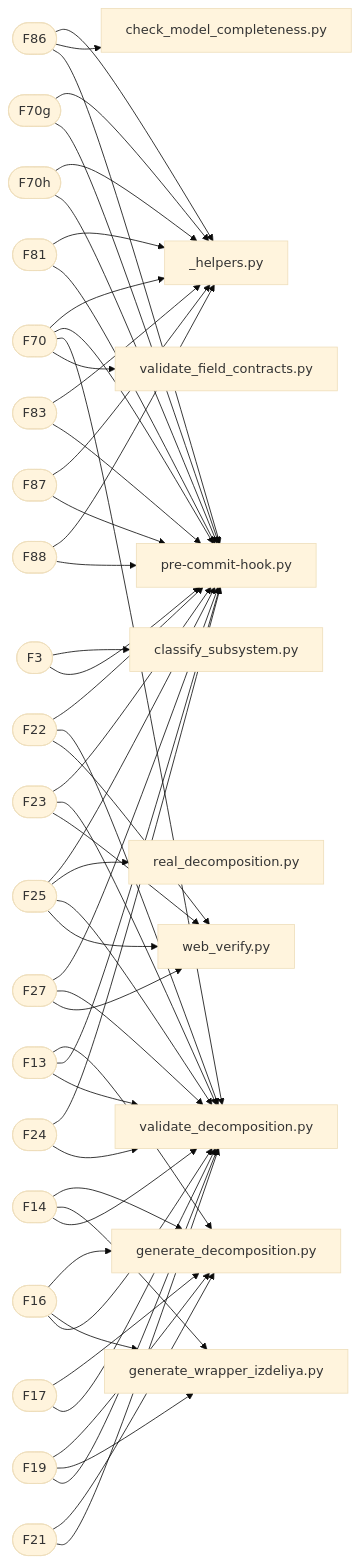
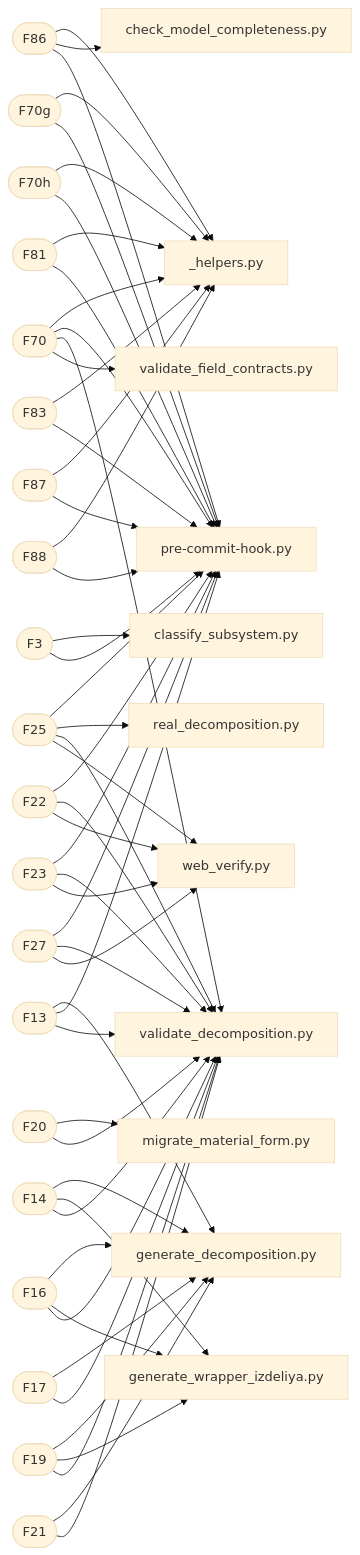
The diagram in graphs/mermaid/graph3_traceability.md (a-m-e-n-t-e-t/SkyNet), drawn with Mermaid (base theme) before and after one commit. The commit also changed other lines of this file and 17 other files, not shown here.

````diff
--- a/graphs/mermaid/graph3_traceability.md
+++ b/graphs/mermaid/graph3_traceability.md
@@ -121,9 +121,9 @@
     F21 --> script_generate_decomposition_py
     script_validate_decomposition_py[validate_decomposition.py]
     F21 --> script_validate_decomposition_py
-    F24([F24])
-    script_pre-commit-hook_py[pre-commit-hook.py]
-    F24 --> script_pre-commit-hook_py
+    F20([F20])
+    script_migrate_material_form_py[migrate_material_form.py]
+    F20 --> script_migrate_material_form_py
     script_validate_decomposition_py[validate_decomposition.py]
-    F24 --> script_validate_decomposition_py
+    F20 --> script_validate_decomposition_py
 ```
````
